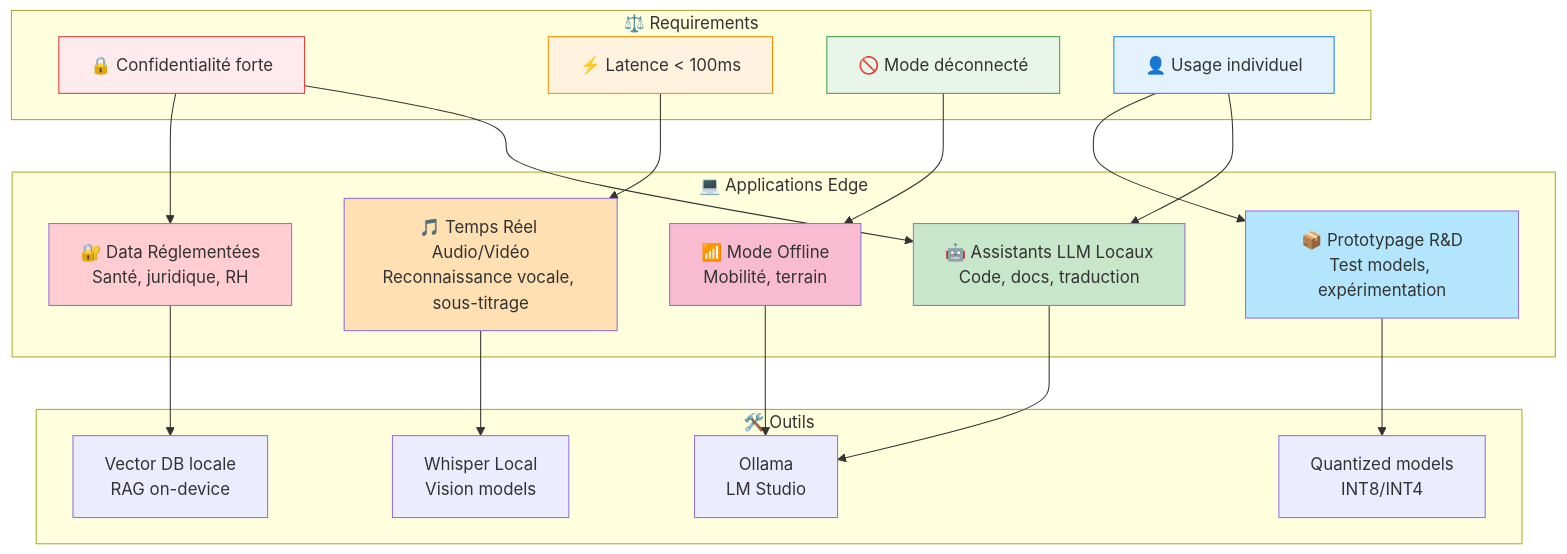
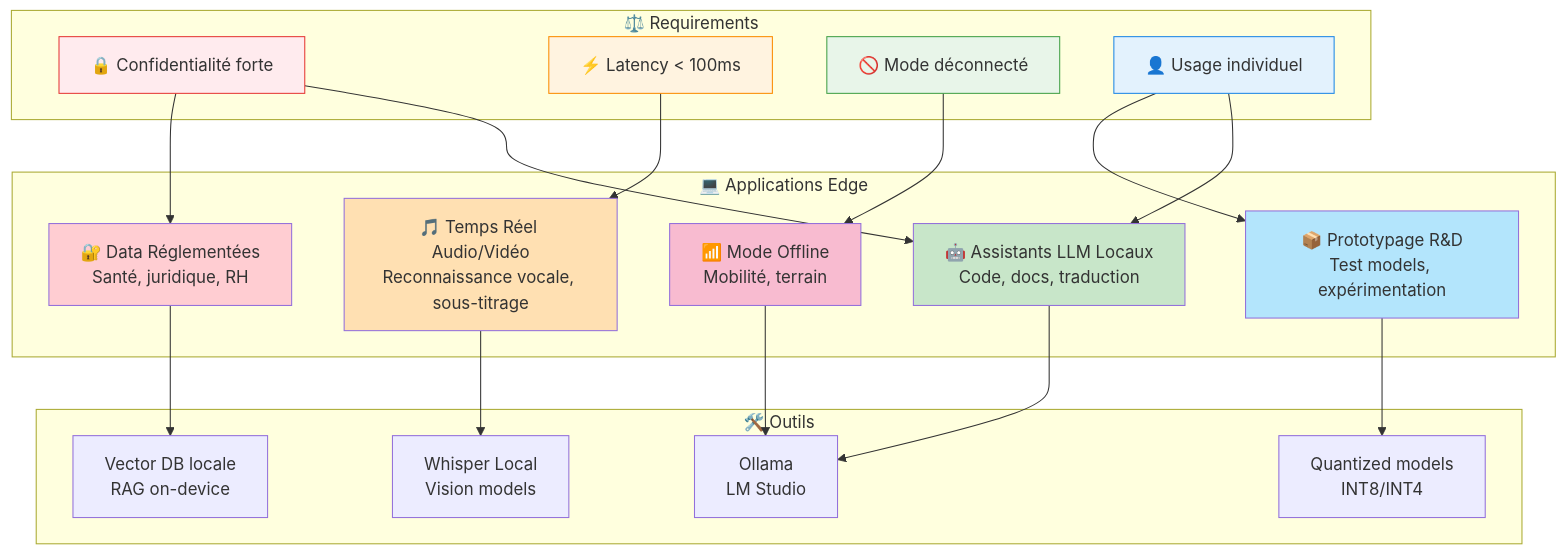
Before and after one commit to brunseba/ai-tech-watch: the diagram in docs/use-cases/application-types.md, drawn with Mermaid. The commit also changed other lines of this file and 24 other files, not shown here.

````diff
--- a/docs/use-cases/application-types.md
+++ b/docs/use-cases/application-types.md
@@ -8,47 +8,47 @@
 ```mermaid
 graph TB
     subgraph Requirements["⚖️ Requirements"]
         R1[🔒 Confidentialité forte]
-        R2[⚡ Latence < 100ms]
+        R2[⚡ Latency < 100ms]
         R3[🚫 Mode déconnecté]
         R4[👤 Usage individuel]
     end
     
     subgraph Apps["💻 Applications Edge"]
         A1[🤖 Assistants LLM Locaux<br/>Code, docs, traduction]
         A2[🎵 Temps Réel Audio/Vidéo<br/>Reconnaissance vocale, sous-titrage]
         A3[🔐 Data Réglementées<br/>Santé, juridique, RH]
         A4[📦 Prototypage R&D<br/>Test models, expérimentation]
         A5[📶 Mode Offline<br/>Mobilité, terrain]
     end
     
     subgraph Tools["🛠️ Outils"]
         T1[Ollama<br/>LM Studio]
         T2[Whisper Local<br/>Vision models]
         T3[Vector DB locale<br/>RAG on-device]
         T4[Quantized models<br/>INT8/INT4]
     end
     
     R1 --> A1
     R1 --> A3
     R2 --> A2
     R3 --> A5
     R4 --> A1
     R4 --> A4
     
     A1 --> T1
     A2 --> T2
     A3 --> T3
     A4 --> T4
     A5 --> T1
     
     style R1 fill:#ffebee,stroke:#e53935
     style R2 fill:#fff3e0,stroke:#fb8c00
     style R3 fill:#e8f5e9,stroke:#43a047
     style R4 fill:#e3f2fd,stroke:#1e88e5
     style A1 fill:#c8e6c9
     style A2 fill:#ffe0b2
     style A3 fill:#ffcdd2
     style A4 fill:#b3e5fc
     style A5 fill:#f8bbd0
 ```
````
